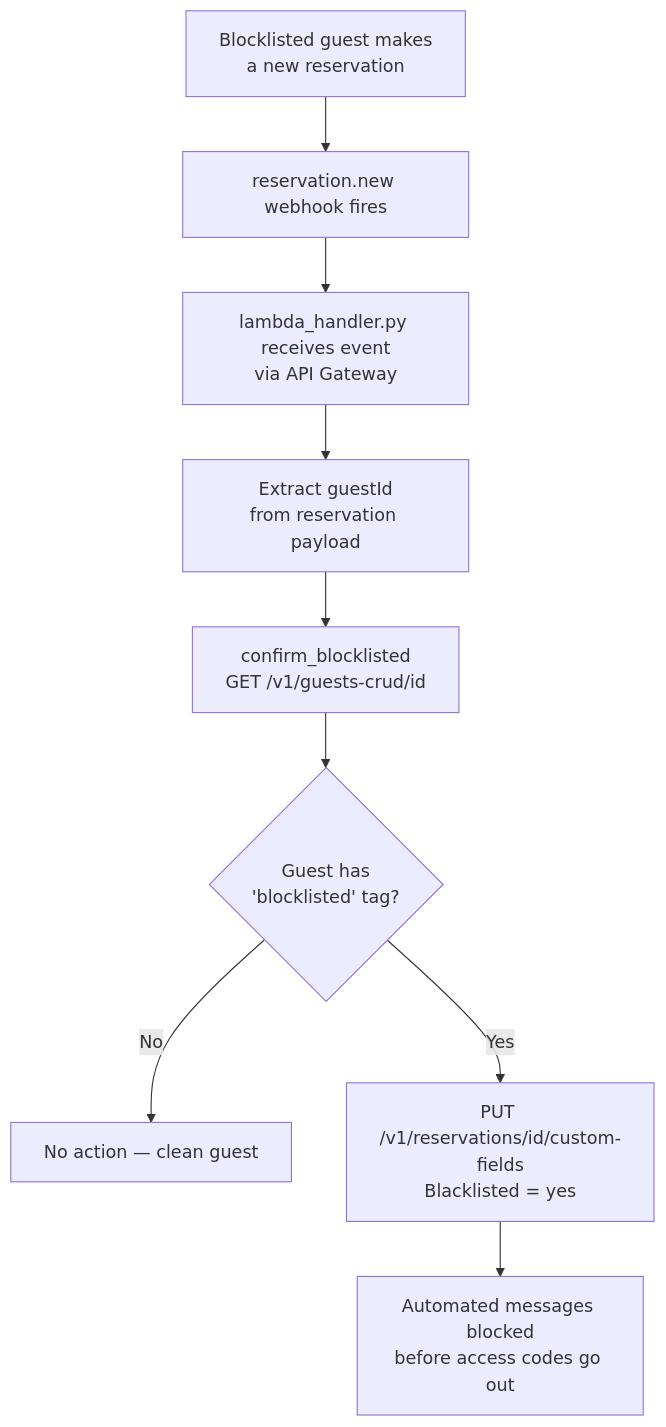
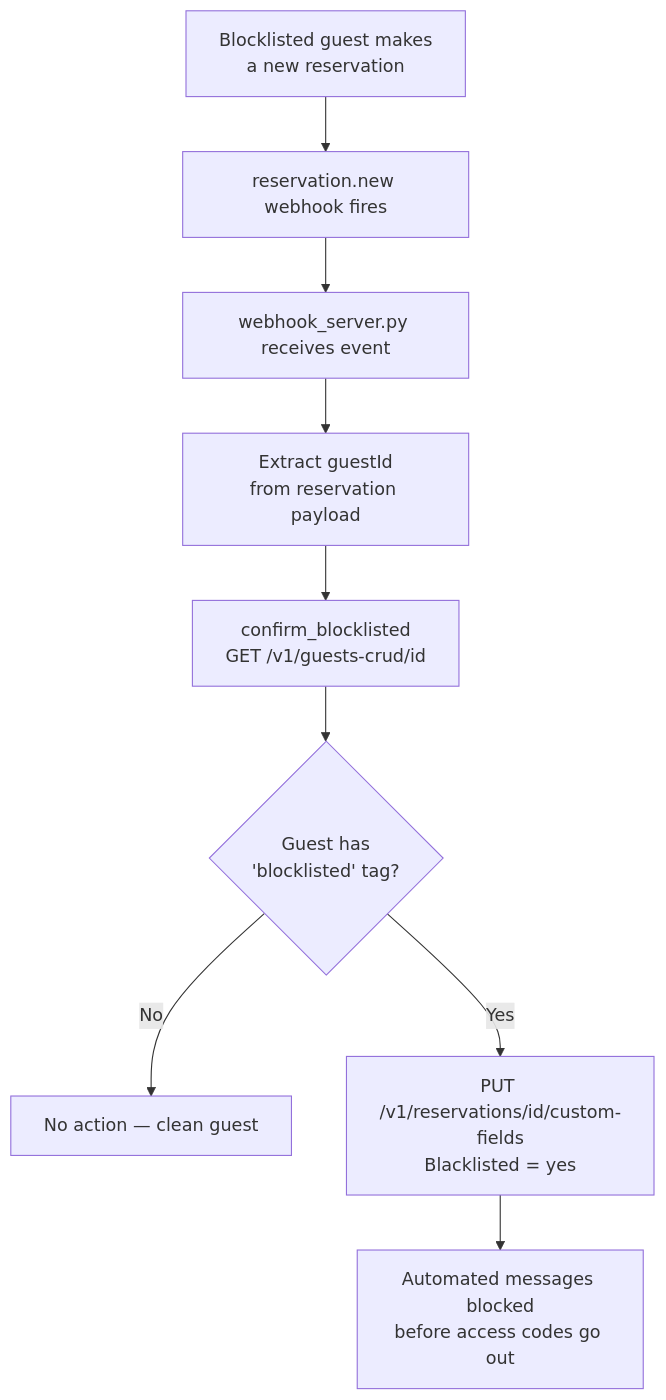
One commit to davidlin1123/Guesty-API changed the third of 3 diagrams in README.md. Above: the diagram before and after it, drawn with Mermaid. The commit also changed other lines of this file and 18 other files, not shown here.

````diff
--- a/README.md
+++ b/README.md
@@ -84,11 +69,11 @@
 ```mermaid
 flowchart TD
     A[Blocklisted guest makes\na new reservation] --> B[reservation.new webhook fires]
-    B --> C[lambda_handler.py receives event\nvia API Gateway]
+    B --> C[webhook_server.py receives event]
     C --> D[Extract guestId\nfrom reservation payload]
     D --> E[confirm_blocklisted\nGET /v1/guests-crud/id]
     E --> F{Guest has\n'blocklisted' tag?}
     F -->|No| G[No action — clean guest]
     F -->|Yes| H[PUT /v1/reservations/id/custom-fields\nBlacklisted = yes]
     H --> I[Automated messages blocked\nbefore access codes go out]
 ```
````
